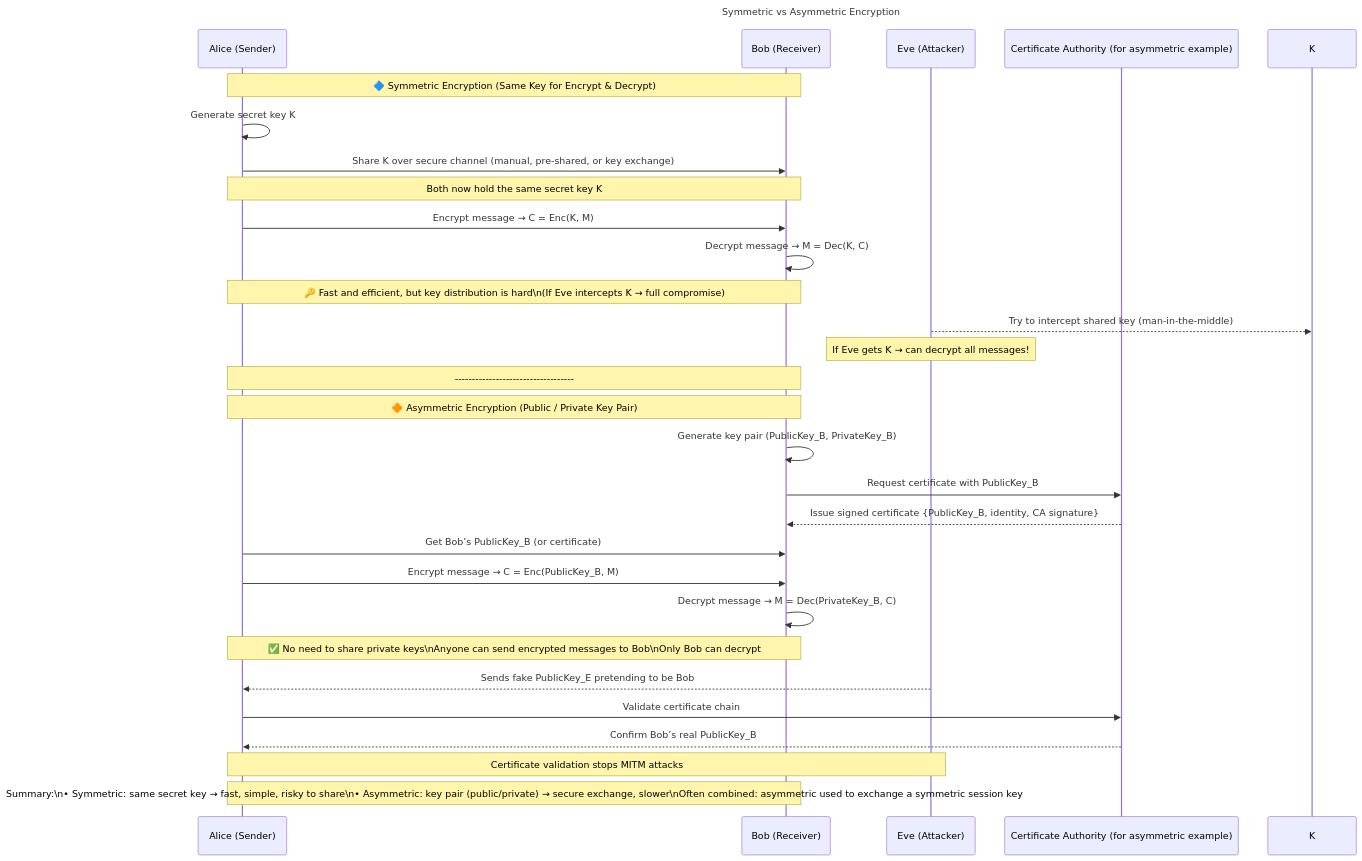
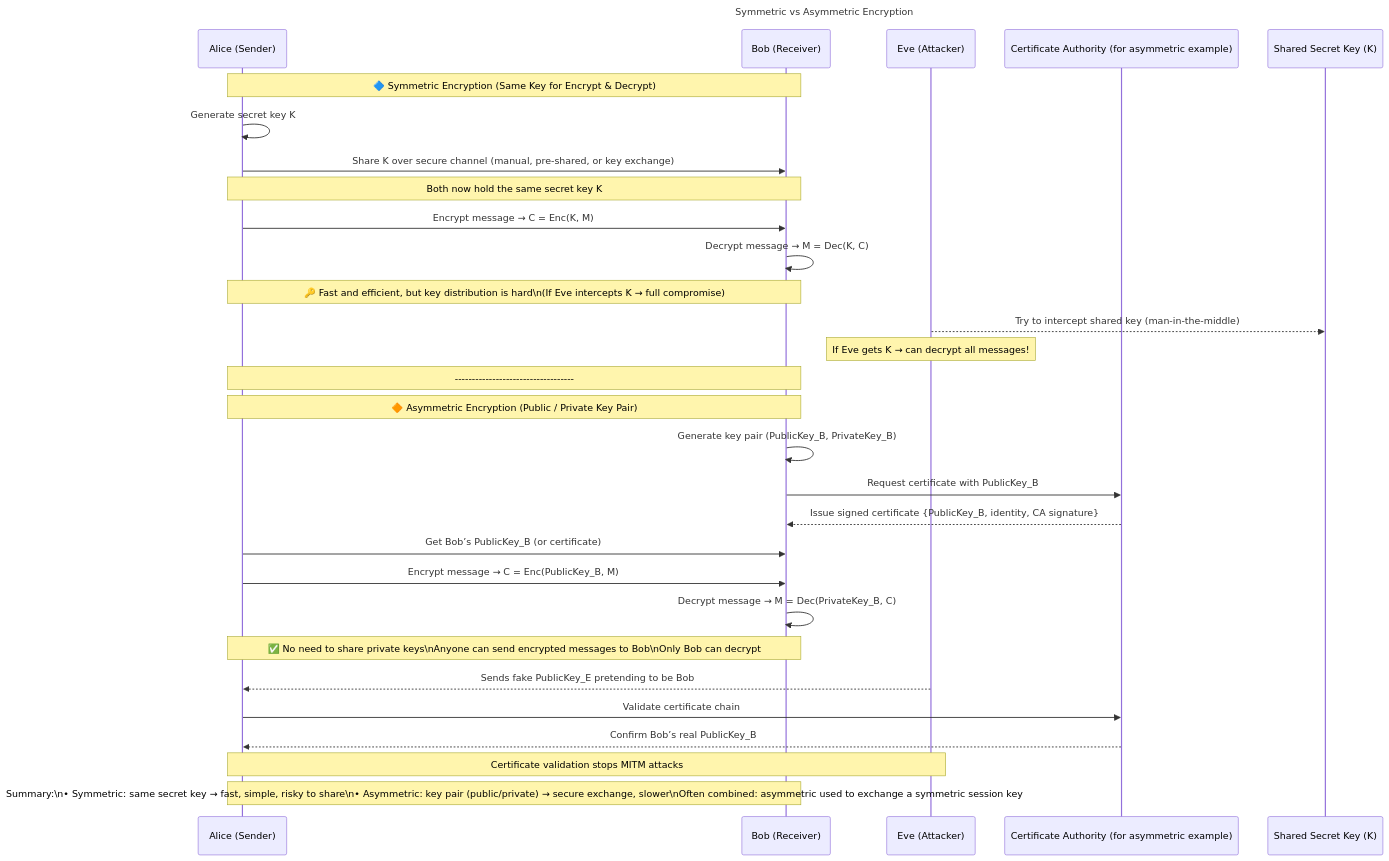
Before and after one commit to lorenzoleonelli/CISSP-Zero-to-Hero: the second of 5 diagrams in DOMAIN3: Security Architecture and Engineering/3.06 Select and determine cryptographic solutions.md, drawn with Mermaid. The commit also changed other lines of this file, not shown here.

````diff
--- a/DOMAIN3: Security Architecture and Engineering/3.06 Select and determine cryptographic solutions.md
+++ b/DOMAIN3: Security Architecture and Engineering/3.06 Select and determine cryptographic solutions.md
@@ -293,46 +293,47 @@
 ```mermaid
 sequenceDiagram
     title Symmetric vs Asymmetric Encryption
 
     participant Alice as Alice (Sender)
     participant Bob as Bob (Receiver)
     participant Eve as Eve (Attacker)
     participant CA as Certificate Authority (for asymmetric example)
+    participant K as Shared Secret Key (K)
 
     %% --- Symmetric Encryption Part ---
     Note over Alice,Bob: 🔷 Symmetric Encryption (Same Key for Encrypt & Decrypt)
     Alice->>Alice: Generate secret key K
     Alice->>Bob: Share K over secure channel (manual, pre-shared, or key exchange)
     Note over Alice,Bob: Both now hold the same secret key K
 
     Alice->>Bob: Encrypt message → C = Enc(K, M)
     Bob->>Bob: Decrypt message → M = Dec(K, C)
     Note over Alice,Bob: 🔑 Fast and efficient, but key distribution is hard\n(If Eve intercepts K → full compromise)
 
     Eve-->>K: Try to intercept shared key (man-in-the-middle)
     Note over Eve: If Eve gets K → can decrypt all messages!
 
     %% --- Separator ---
     Note over Alice,Bob: -----------------------------------
 
     %% --- Asymmetric Encryption Part ---
     Note over Alice,Bob: 🔶 Asymmetric Encryption (Public / Private Key Pair)
     Bob->>Bob: Generate key pair (PublicKey_B, PrivateKey_B)
     Bob->>CA: Request certificate with PublicKey_B
     CA-->>Bob: Issue signed certificate {PublicKey_B, identity, CA signature}
 
     Alice->>Bob: Get Bob’s PublicKey_B (or certificate)
     Alice->>Bob: Encrypt message → C = Enc(PublicKey_B, M)
     Bob->>Bob: Decrypt message → M = Dec(PrivateKey_B, C)
 
     Note over Alice,Bob: ✅ No need to share private keys\nAnyone can send encrypted messages to Bob\nOnly Bob can decrypt
 
     Eve-->>Alice: Sends fake PublicKey_E pretending to be Bob
     Alice->>CA: Validate certificate chain
     CA-->>Alice: Confirm Bob’s real PublicKey_B
     Note over Eve,Alice: Certificate validation stops MITM attacks
 
     %% Summary
     Note over Alice,Bob: Summary:\n• Symmetric: same secret key → fast, simple, risky to share\n• Asymmetric: key pair (public/private) → secure exchange, slower\nOften combined: asymmetric used to exchange a symmetric session key
 
 ```
````
